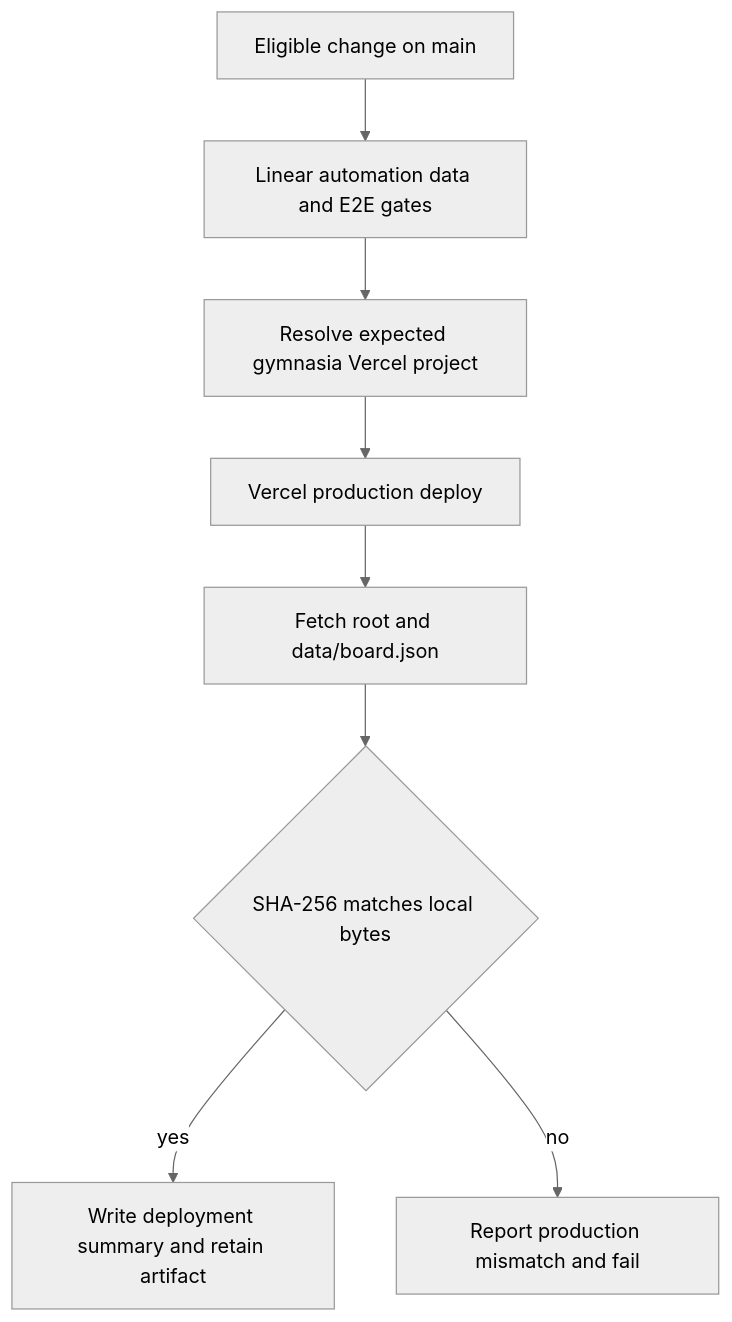
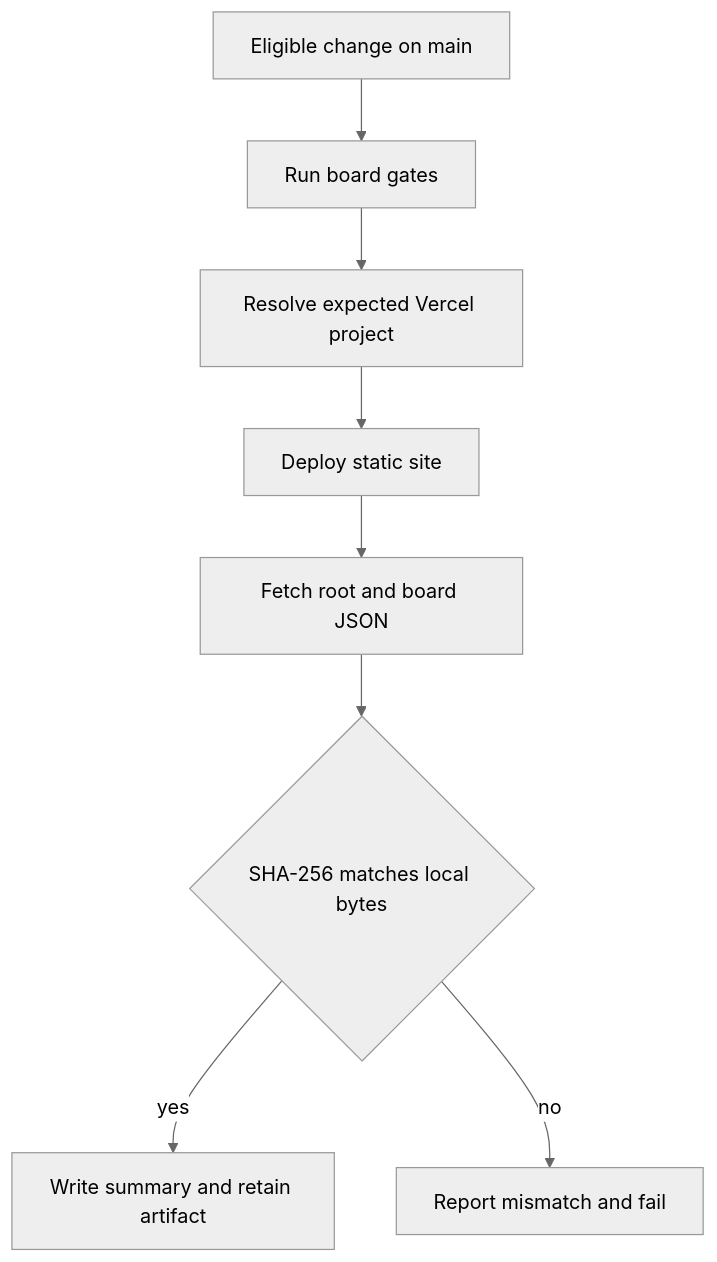
The fourth of 4 diagrams in openwiki/services/architecture-board.md (maximofn/gymnasia), drawn with Mermaid (neutral theme) before and after one commit. The commit also changed other lines of this file and 41 other files, not shown here.

````diff
--- a/openwiki/services/architecture-board.md
+++ b/openwiki/services/architecture-board.md
@@ -142,10 +183,10 @@
 ```mermaid
 flowchart TD
-    Main["Eligible change on main"] --> Gates["Linear automation data and E2E gates"]
-    Gates --> Resolve["Resolve expected gymnasia Vercel project"]
-    Resolve --> Deploy["Vercel production deploy"]
-    Deploy --> Verify["Fetch root and data/board.json"]
+    Main["Eligible change on main"] --> Gates["Run board gates"]
+    Gates --> Resolve["Resolve expected Vercel project"]
+    Resolve --> Deploy["Deploy static site"]
+    Deploy --> Verify["Fetch root and board JSON"]
     Verify --> Hash{"SHA-256 matches local bytes"}
-    Hash -->|yes| Evidence["Write deployment summary and retain artifact"]
-    Hash -->|no| Alert["Report production mismatch and fail"]
+    Hash -->|yes| Evidence["Write summary and retain artifact"]
+    Hash -->|no| Alert["Report mismatch and fail"]
 ```
````
